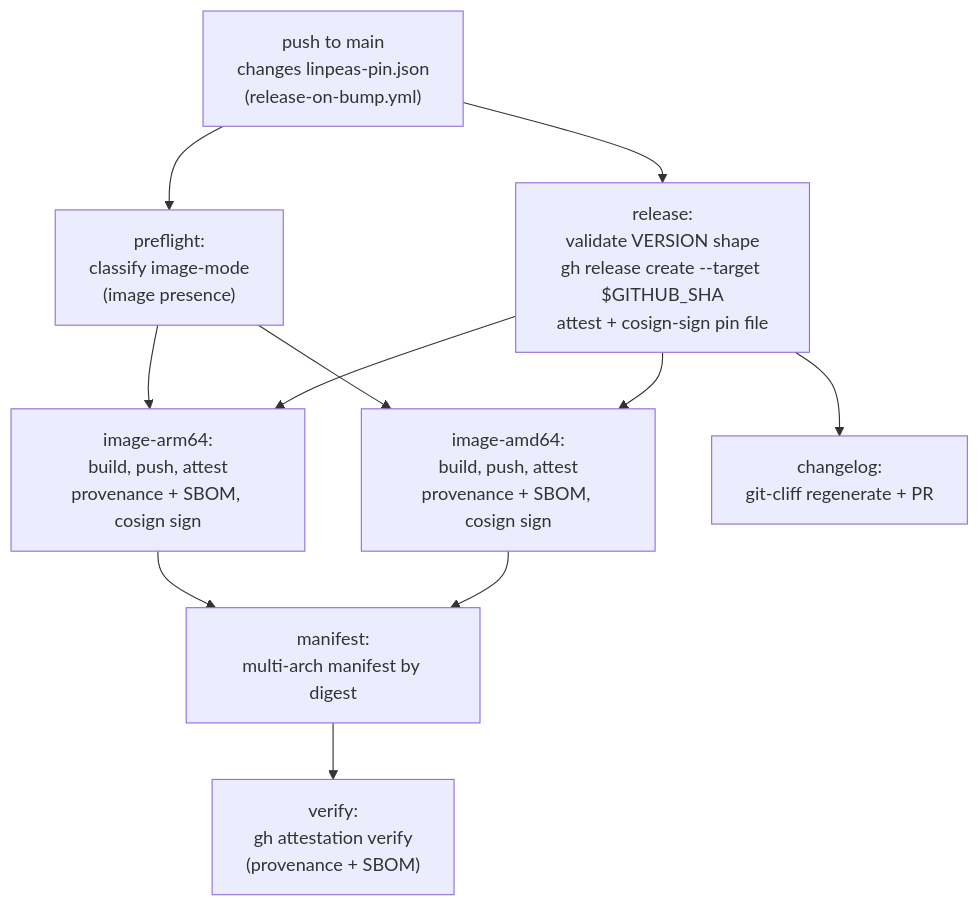
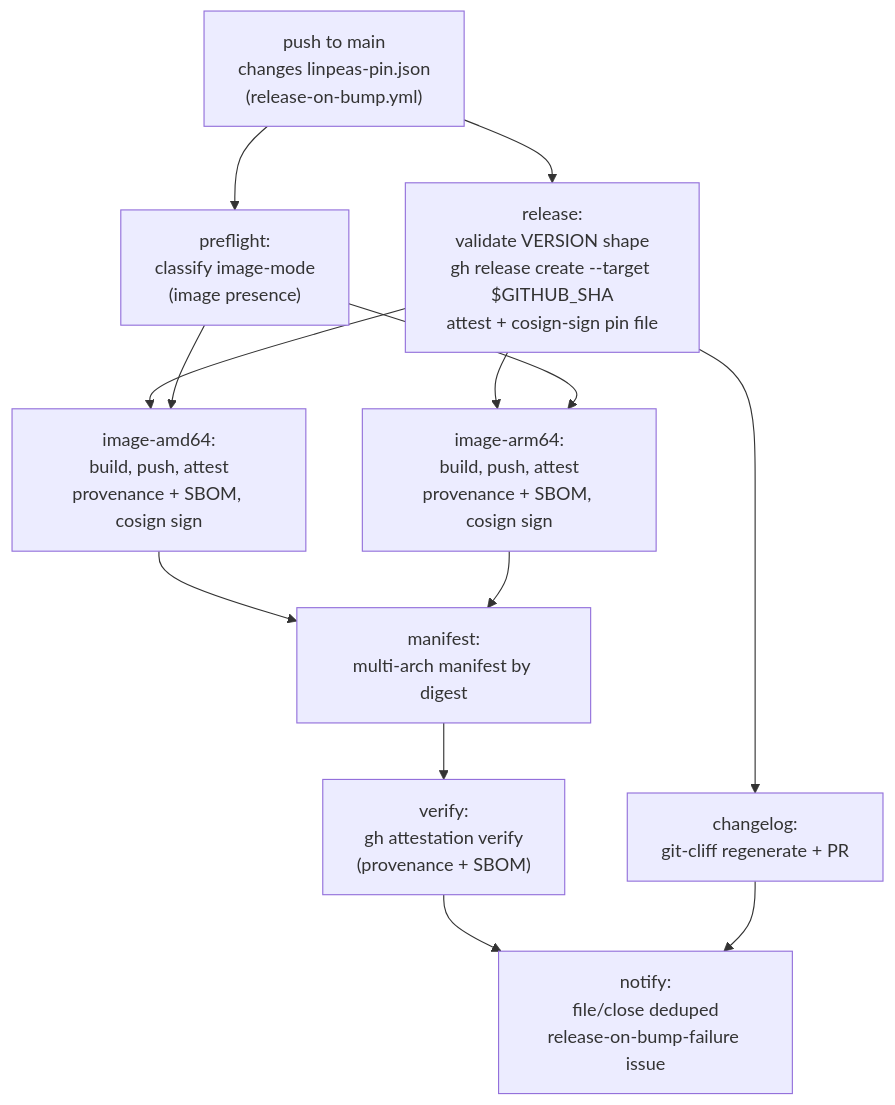
One commit to rvenutolo/linPEAS-flake changed the second of 3 diagrams in docs/architecture/auto-update.md. Above: the diagram before and after it, drawn with Mermaid. The commit also changed other lines of this file and 10 other files, not shown here.

````diff
--- a/docs/architecture/auto-update.md
+++ b/docs/architecture/auto-update.md
@@ -28,22 +28,25 @@
 ```mermaid
 flowchart TD
   trigger["push to main<br/>changes linpeas-pin.json<br/>(release-on-bump.yml)"]
   preflight["preflight:<br/>classify image-mode<br/>(image presence)"]
   release["release:<br/>validate VERSION shape<br/>gh release create --target $GITHUB_SHA<br/>attest + cosign-sign pin file"]
   image_amd64["image-amd64:<br/>build, push, attest<br/>provenance + SBOM, cosign sign"]
   image_arm64["image-arm64:<br/>build, push, attest<br/>provenance + SBOM, cosign sign"]
   manifest["manifest:<br/>multi-arch manifest by digest"]
   verify["verify:<br/>gh attestation verify<br/>(provenance + SBOM)"]
   changelog["changelog:<br/>git-cliff regenerate + PR"]
+  notify["notify:<br/>file/close deduped<br/>release-on-bump-failure issue"]
 
   trigger --> release
   trigger --> preflight
   release --> image_amd64
   release --> image_arm64
   preflight --> image_amd64
   preflight --> image_arm64
   image_amd64 --> manifest
   image_arm64 --> manifest
   manifest --> verify
   release --> changelog
+  verify --> notify
+  changelog --> notify
 ```
````
